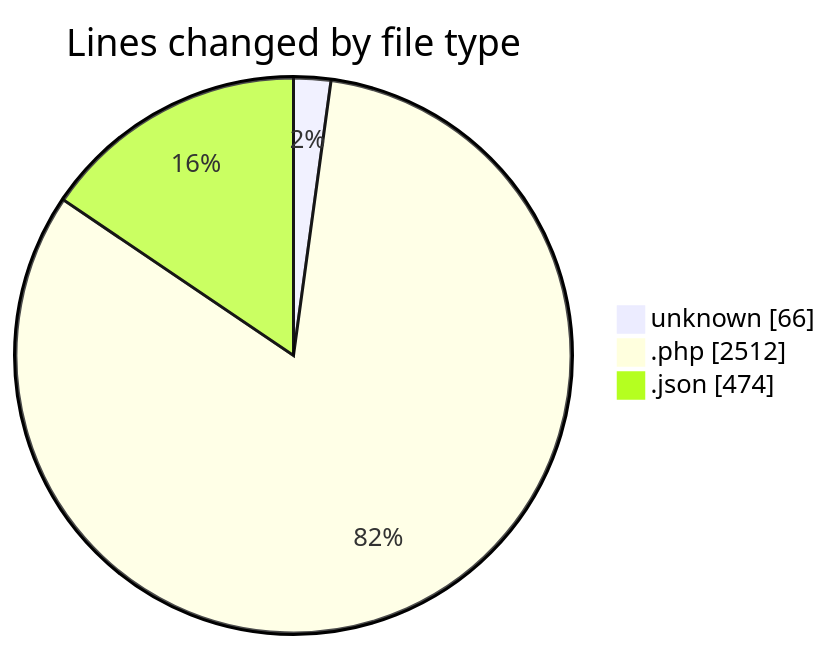
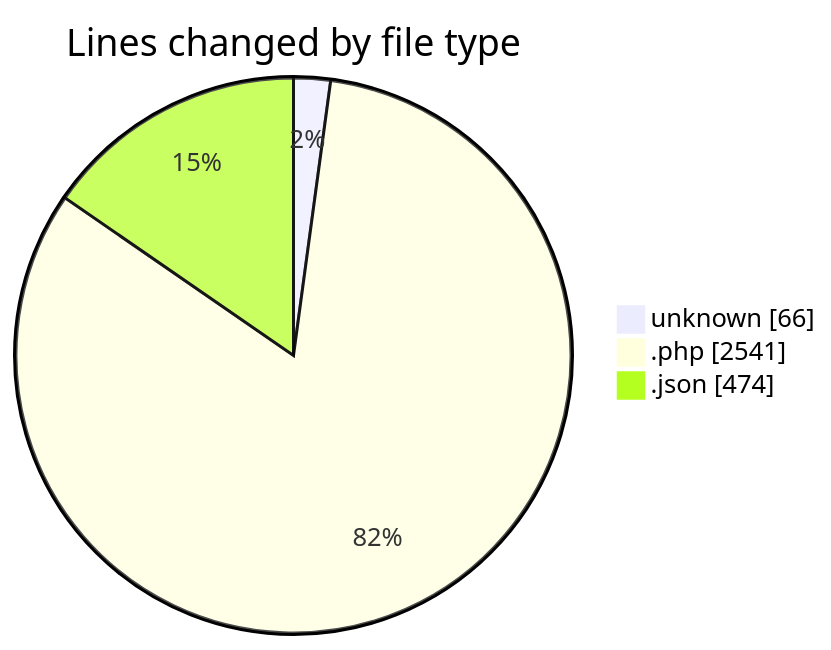
Before and after one commit to idhammustaqopulfikri/code-tracking: the first of 2 diagrams in 2025-05-27/studio-backend/README.md, drawn with Mermaid. The commit also changed other lines of this file and 1 other file, not shown here.

````diff
--- a/2025-05-27/studio-backend/README.md
+++ b/2025-05-27/studio-backend/README.md
@@ -54,7 +54,7 @@
 ```mermaid
 pie showData
 title Lines changed by file type
 "unknown" : 66
-".php" : 2512
+".php" : 2541
 ".json" : 474
 ```
````
